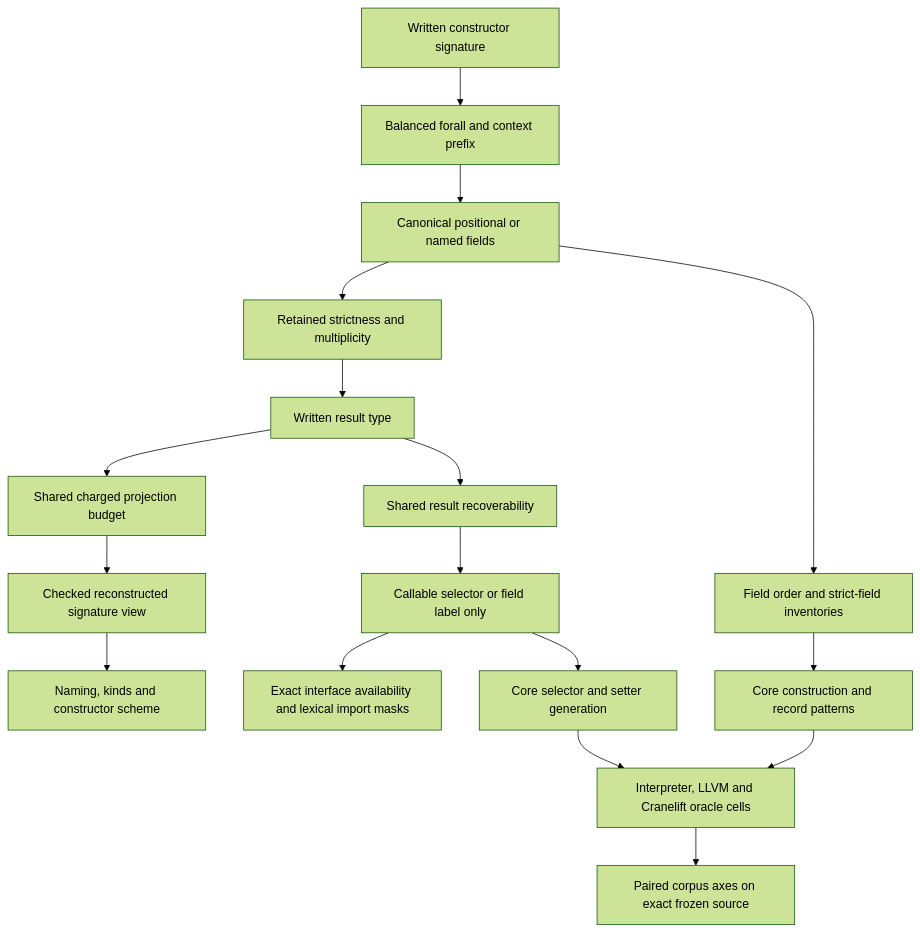
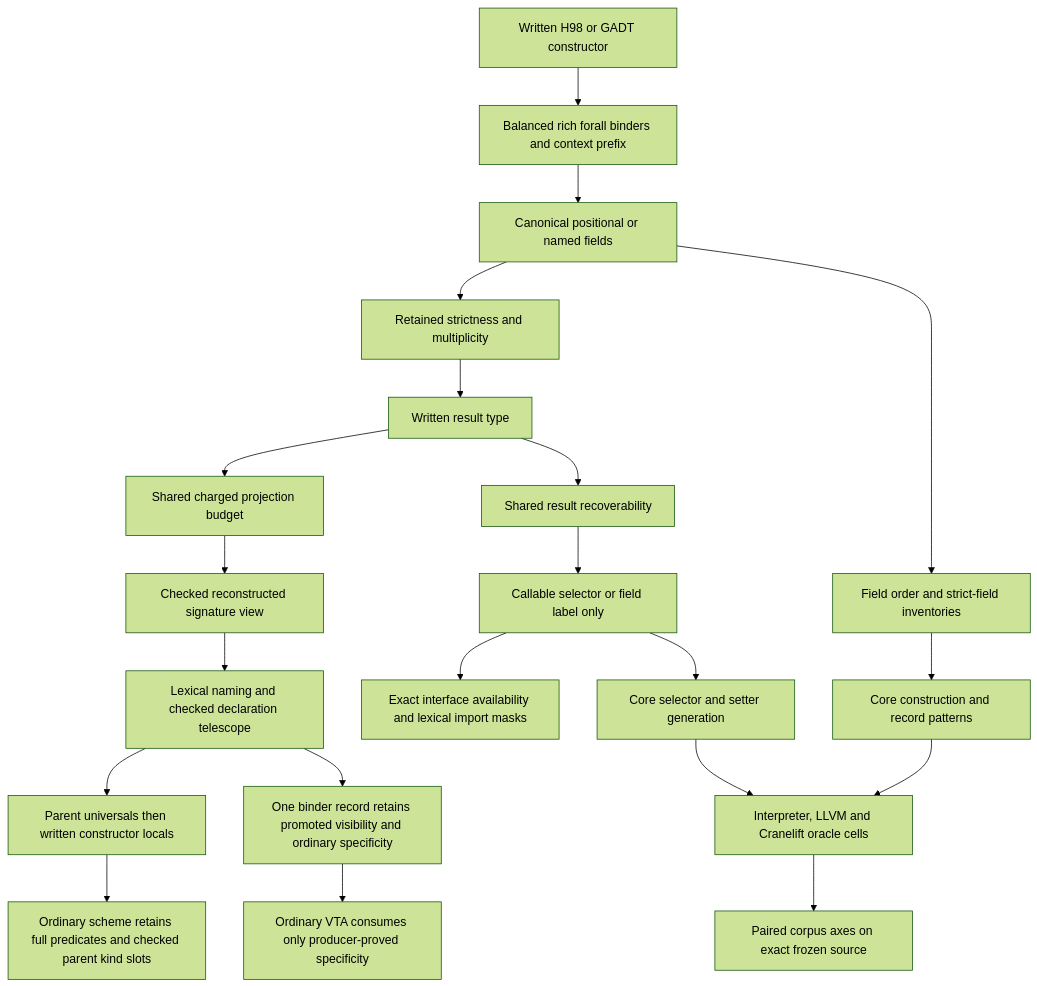
The diagram in spec-chirho/workflows-chirho/compiler-pipeline-chirho/gadt-constructor-carrier-chirho.md (loveJesus/haskelujah-chirho), drawn with Mermaid (forest theme) before and after one commit. The commit also changed other lines of this file and 59 other files, not shown here.

First line of the commit message:
Preserve complete H98 constructor prefixes and ordinary quantifier scope

````diff
--- a/spec-chirho/workflows-chirho/compiler-pipeline-chirho/gadt-constructor-carrier-chirho.md
+++ b/spec-chirho/workflows-chirho/compiler-pipeline-chirho/gadt-constructor-carrier-chirho.md
@@ -7,19 +7,23 @@
 ```mermaid
 flowchart TD
-    A[Written constructor signature] --> B[Balanced forall and context prefix]
+    A[Written H98 or GADT constructor] --> B[Balanced rich forall binders and context prefix]
     B --> C[Canonical positional or named fields]
     C --> D[Retained strictness and multiplicity]
     D --> E[Written result type]
     E --> P[Shared charged projection budget]
     P --> F[Checked reconstructed signature view]
-    F --> G[Naming, kinds and constructor scheme]
+    F --> G[Lexical naming and checked declaration telescope]
+    G --> Q[Parent universals then written constructor locals]
+    Q --> R[Ordinary scheme retains full predicates and checked parent kind slots]
+    G --> S[One binder record retains promoted visibility and ordinary specificity]
+    S --> T[Ordinary VTA consumes only producer-proved specificity]
     C --> H[Field order and strict-field inventories]
     E --> I[Shared result recoverability]
     I --> J[Callable selector or field label only]
     J --> K[Exact interface availability and lexical import masks]
     H --> L[Core construction and record patterns]
     J --> M[Core selector and setter generation]
     L --> N[Interpreter, LLVM and Cranelift oracle cells]
     M --> N
     N --> O[Paired corpus axes on exact frozen source]
 ```
````
